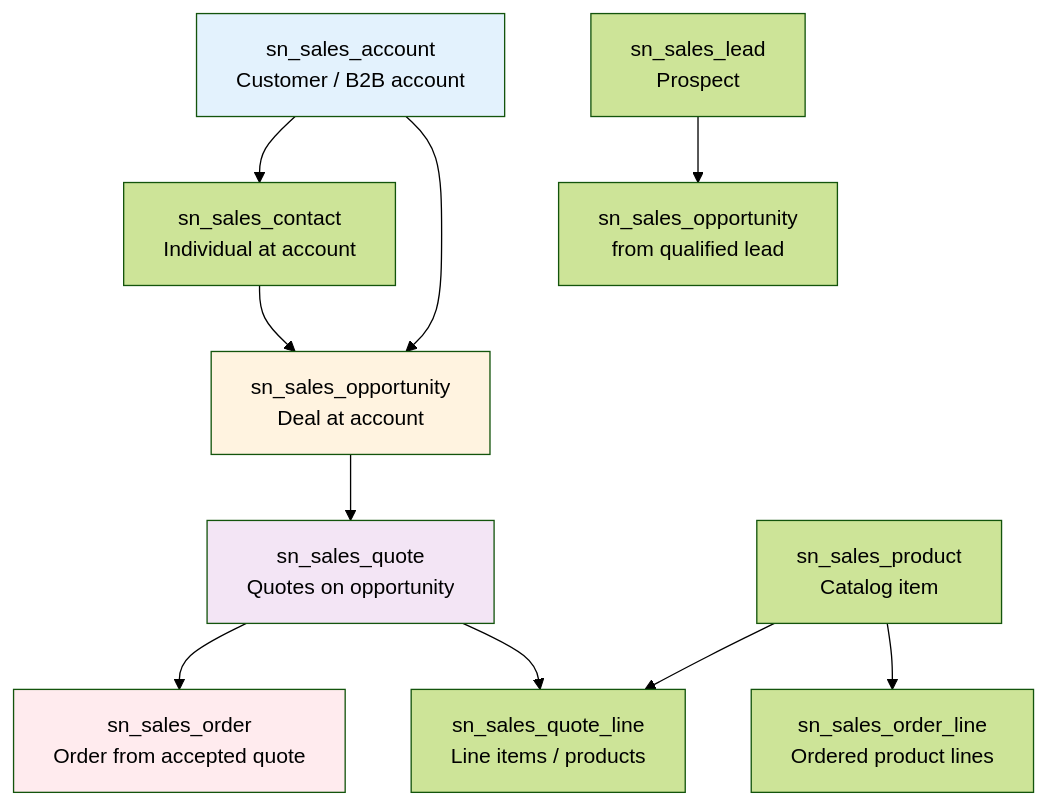
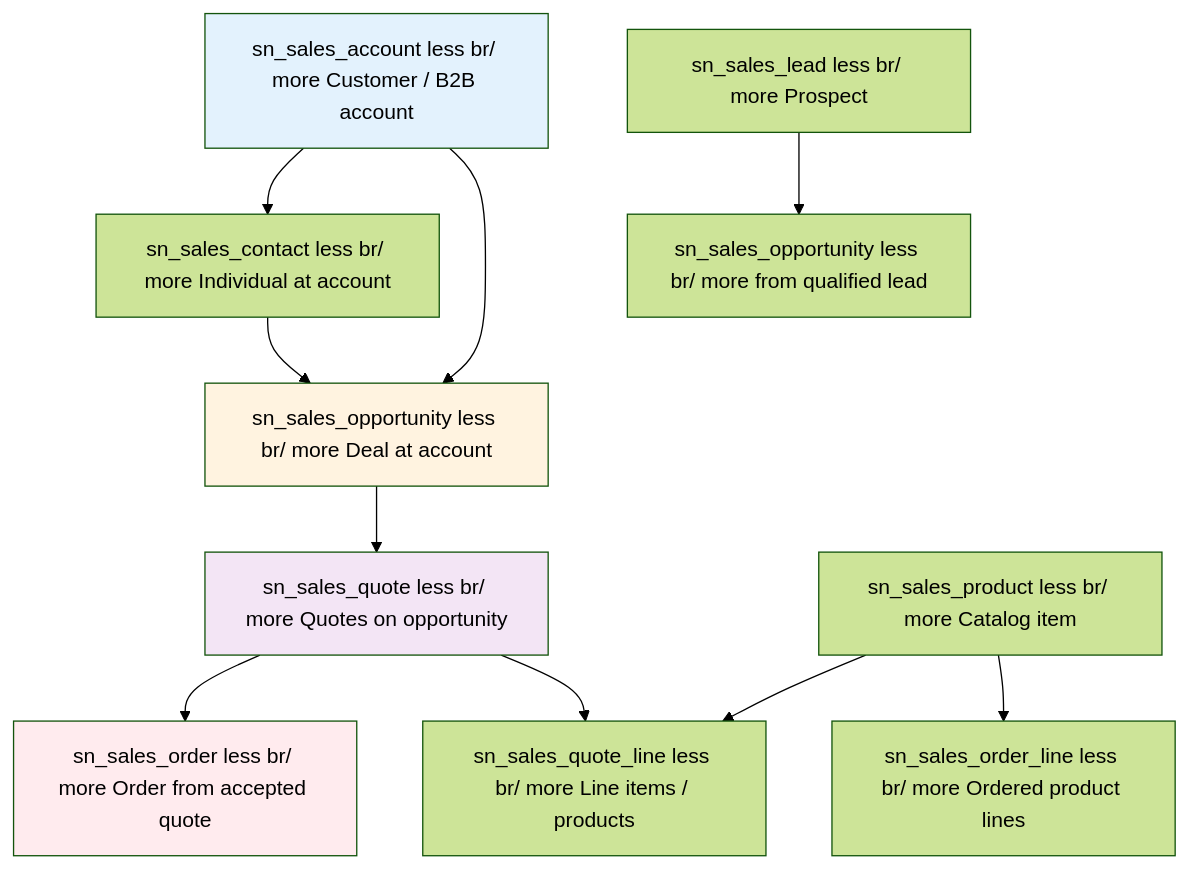
The second of 7 diagrams in docs/modules/sales-crm/sales-crm-guide.md (eltonaguiar/ServiceNow_Learning_TSOM-_CSM_FSM_SalesCRM_HAM_ITSM), drawn with Mermaid (forest theme) before and after one commit. The commit also changed other lines of this file and 19 other files, not shown here.

Commit message:
Fix all Mermaid diagram special characters - replace dollar, parens, slashes, quotes, pipes, nested brackets and other unsafe chars inside brackets with safe alternatives across 19 files

````diff
--- a/docs/modules/sales-crm/sales-crm-guide.md
+++ b/docs/modules/sales-crm/sales-crm-guide.md
@@ -705,19 +705,19 @@
 ```mermaid
 graph TD
-    A[sn_sales_account<br/>Customer / B2B account] --> C[sn_sales_contact<br/>Individual at account]
-    A --> O[sn_sales_opportunity<br/>Deal at account]
+    A[sn_sales_account less br/ more Customer / B2B account] --> C[sn_sales_contact less br/ more Individual at account]
+    A --> O[sn_sales_opportunity less br/ more Deal at account]
     C --> O
 
-    L[sn_sales_lead<br/>Prospect] --> O2[sn_sales_opportunity<br/>from qualified lead]
-    O --> Q[sn_sales_quote<br/>Quotes on opportunity]
-    Q --> OR[sn_sales_order<br/>Order from accepted quote]
-    Q --> QL[sn_sales_quote_line<br/>Line items / products]
+    L[sn_sales_lead less br/ more Prospect] --> O2[sn_sales_opportunity less br/ more from qualified lead]
+    O --> Q[sn_sales_quote less br/ more Quotes on opportunity]
+    Q --> OR[sn_sales_order less br/ more Order from accepted quote]
+    Q --> QL[sn_sales_quote_line less br/ more Line items / products]
 
-    P[sn_sales_product<br/>Catalog item] --> QL
-    P --> OR2[sn_sales_order_line<br/>Ordered product lines]
+    P[sn_sales_product less br/ more Catalog item] --> QL
+    P --> OR2[sn_sales_order_line less br/ more Ordered product lines]
 
     style A fill:#e3f2fd,color:#000
     style O fill:#fff3e0,color:#000
     style Q fill:#f3e5f5,color:#000
     style OR fill:#ffebee,color:#000
 ```
````
